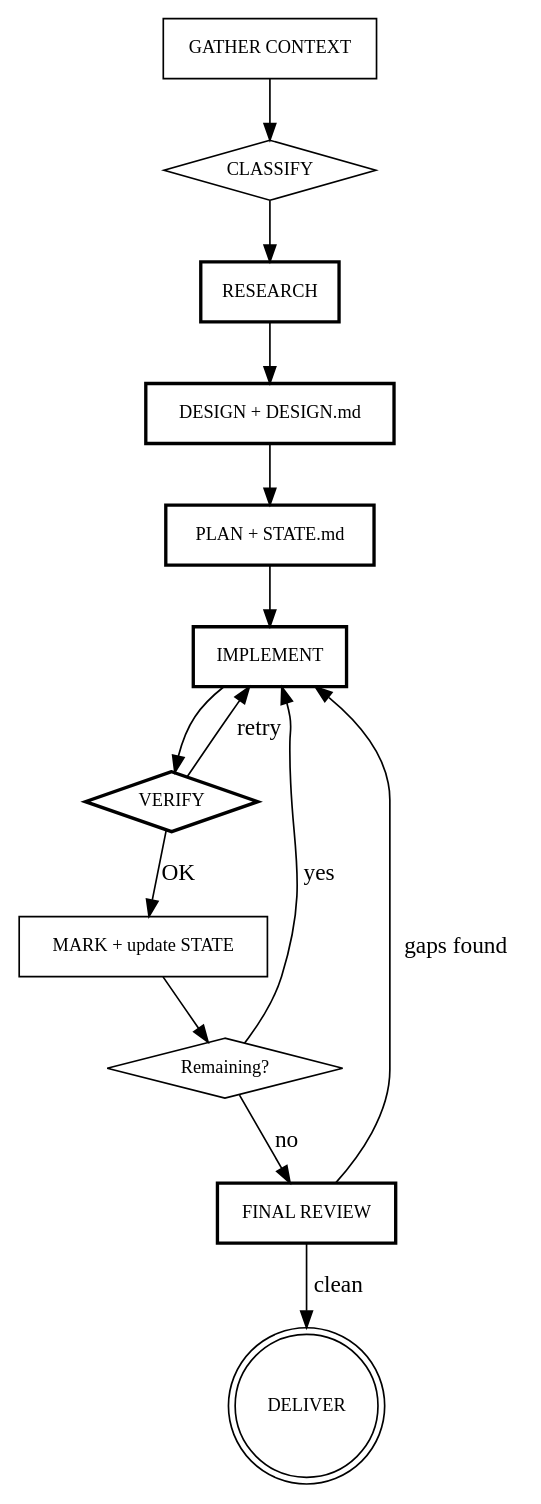
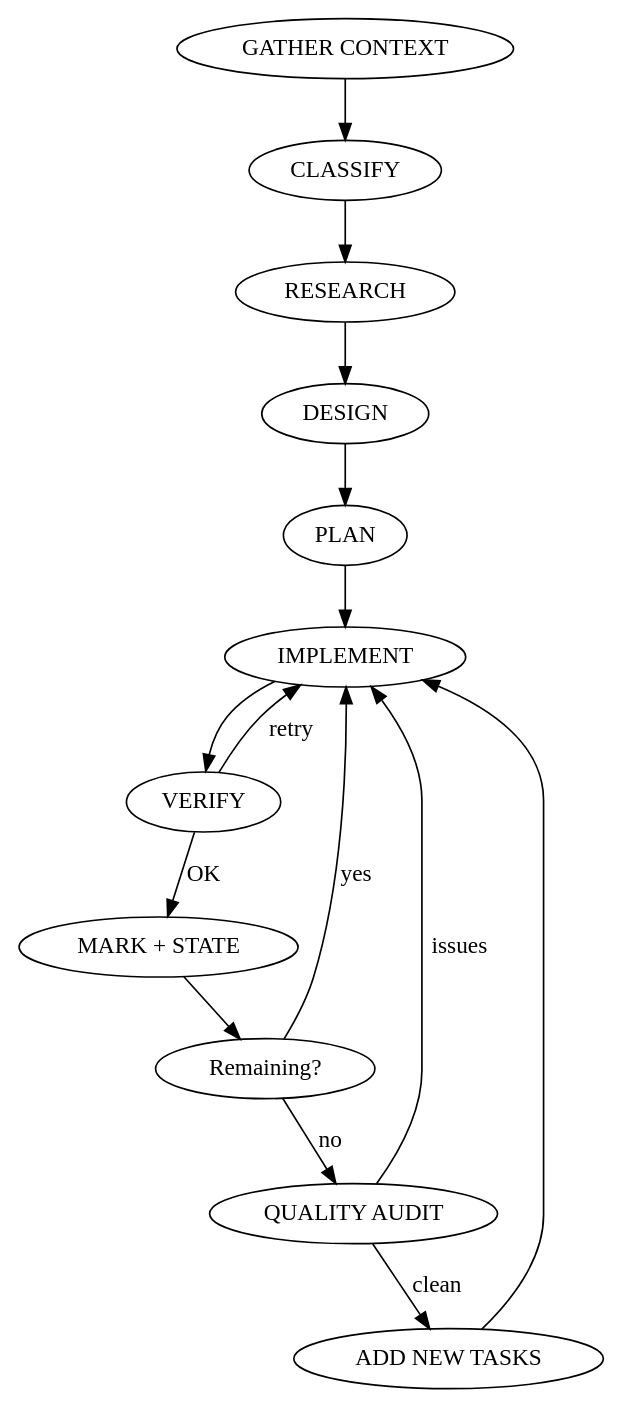
One commit to AFN7/afn-skill changed the second of 2 diagrams in SKILL.md. Above: the diagram before and after it, drawn with Graphviz. The commit also changed other lines of this file and 1 other file, not shown here.

First line of the commit message:
Major upgrade: anti-slop design, infinite loop, quality audit

````diff
--- a/SKILL.md
+++ b/SKILL.md
@@ -132,32 +128,15 @@
 ```dot
 digraph afn {
   rankdir=TB;
-  node [fontsize=11];
-
-  "GATHER CONTEXT" [shape=box];
-  "CLASSIFY" [shape=diamond];
-  "RESEARCH" [shape=box, style=bold];
-  "DESIGN + DESIGN.md" [shape=box, style=bold];
-  "PLAN + STATE.md" [shape=box, style=bold];
-  "IMPLEMENT" [shape=box, style=bold];
-  "VERIFY" [shape=diamond, style=bold];
-  "MARK + update STATE" [shape=box];
-  "Remaining?" [shape=diamond];
-  "FINAL REVIEW" [shape=box, style=bold];
-  "DELIVER" [shape=doublecircle];
-
-  "GATHER CONTEXT" -> "CLASSIFY";
-  "CLASSIFY" -> "RESEARCH";
-  "RESEARCH" -> "DESIGN + DESIGN.md";
-  "DESIGN + DESIGN.md" -> "PLAN + STATE.md";
-  "PLAN + STATE.md" -> "IMPLEMENT";
+  "GATHER CONTEXT" -> "CLASSIFY" -> "RESEARCH" -> "DESIGN" -> "PLAN" -> "IMPLEMENT";
   "IMPLEMENT" -> "VERIFY";
-  "VERIFY" -> "MARK + update STATE" [label="OK"];
+  "VERIFY" -> "MARK + STATE" [label="OK"];
   "VERIFY" -> "IMPLEMENT" [label="retry"];
-  "MARK + update STATE" -> "Remaining?";
+  "MARK + STATE" -> "Remaining?";
   "Remaining?" -> "IMPLEMENT" [label="yes"];
-  "Remaining?" -> "FINAL REVIEW" [label="no"];
-  "FINAL REVIEW" -> "IMPLEMENT" [label="gaps found"];
-  "FINAL REVIEW" -> "DELIVER" [label="clean"];
+  "Remaining?" -> "QUALITY AUDIT" [label="no"];
+  "QUALITY AUDIT" -> "IMPLEMENT" [label="issues"];
+  "QUALITY AUDIT" -> "ADD NEW TASKS" [label="clean"];
+  "ADD NEW TASKS" -> "IMPLEMENT";
 }
 ```
````
